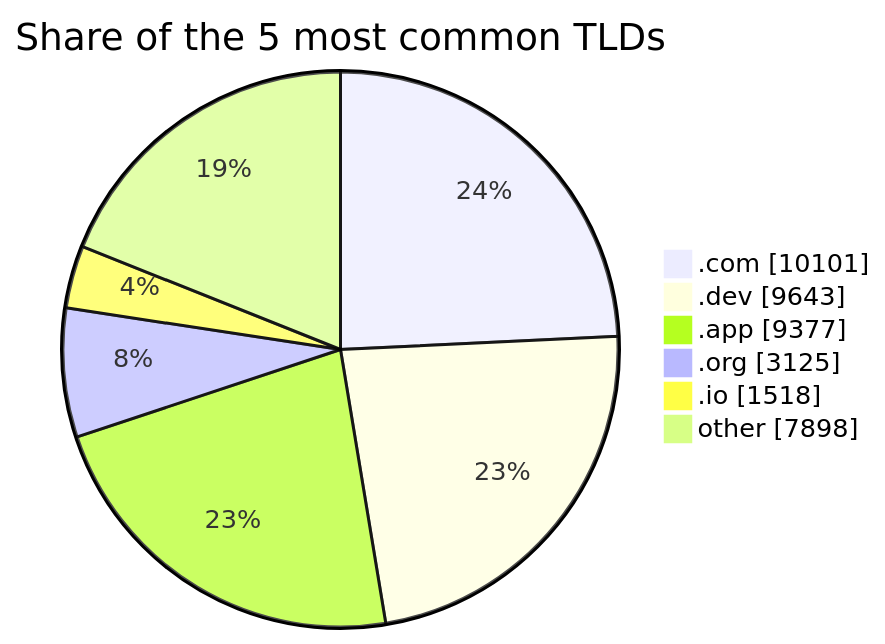
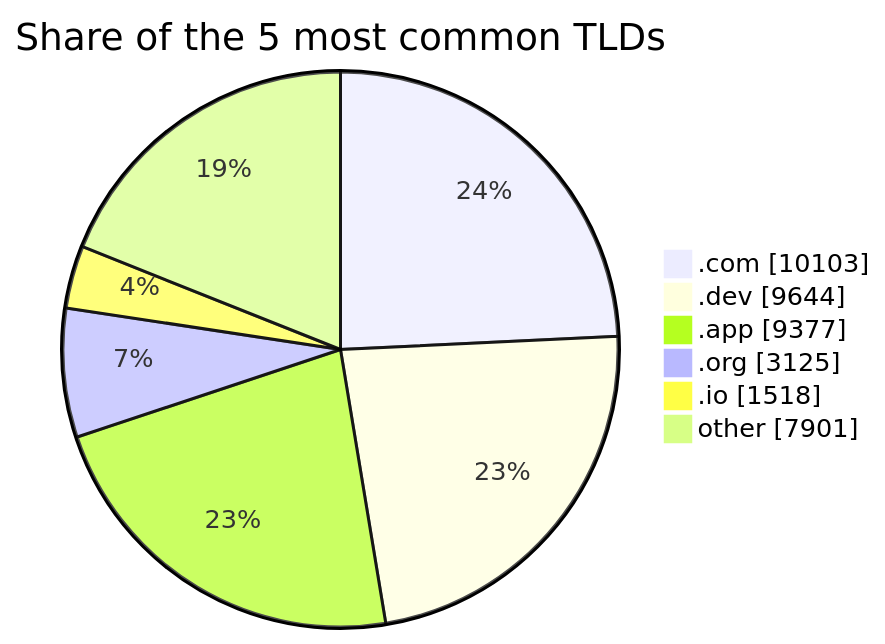
The third of 3 diagrams in README.md (DNSBunker/CTI), drawn with Mermaid before and after one commit. The commit also changed other lines of this file and 3 other files, not shown here.

````diff
--- a/README.md
+++ b/README.md
@@ -81,9 +81,9 @@
 ```mermaid
 pie showData title Share of the 5 most common TLDs
-    ".com" : 10101
-    ".dev" : 9643
+    ".com" : 10103
+    ".dev" : 9644
     ".app" : 9377
     ".org" : 3125
     ".io" : 1518
-    "other" : 7898
+    "other" : 7901
 ```
````
